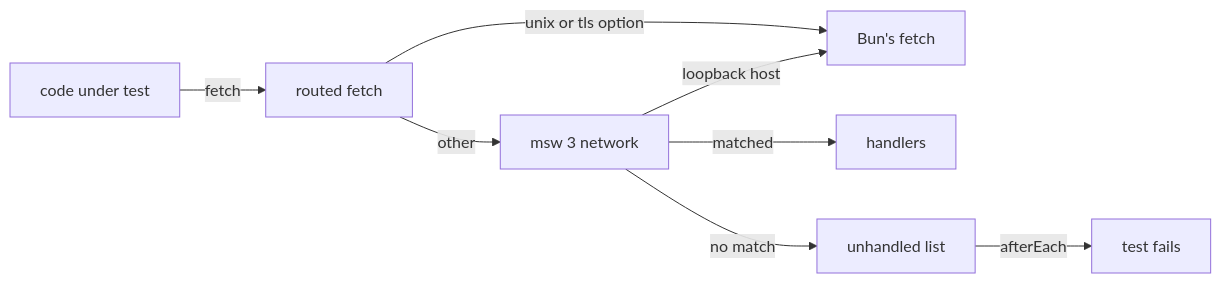
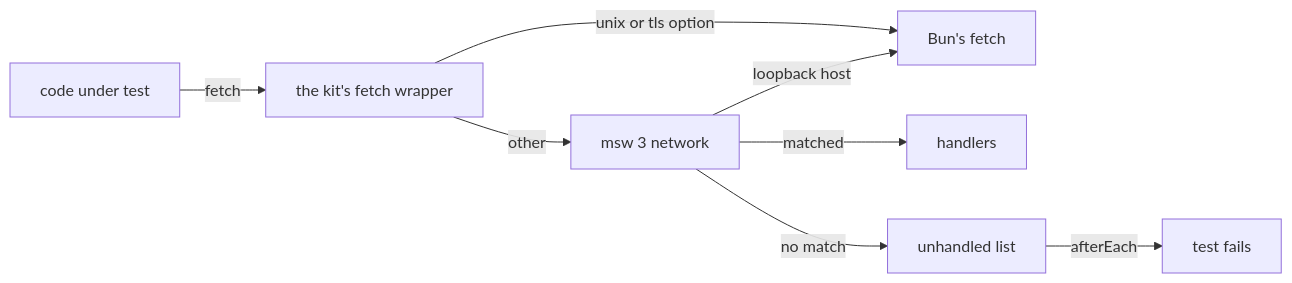
The diagram in docs/design/testing-kit/fetch.md (zgeoff/tools), drawn with Mermaid before and after one commit. The commit also changed other lines of this file and 6 other files, not shown here.

````diff
--- a/docs/design/testing-kit/fetch.md
+++ b/docs/design/testing-kit/fetch.md
@@ -13,10 +13,10 @@
 ```mermaid
 flowchart LR
-  code[code under test] -->|"fetch"| routed[routed fetch]
+  code[code under test] -->|"fetch"| routed[the kit's fetch wrapper]
   routed -->|"unix or tls option"| native[Bun's fetch]
   routed -->|"other"| msw[msw 3 network]
   msw -->|"matched"| handlers
   msw -->|"loopback host"| native
   msw -->|"no match"| record[unhandled list]
   record -->|"afterEach"| fail[test fails]
 ```
````
